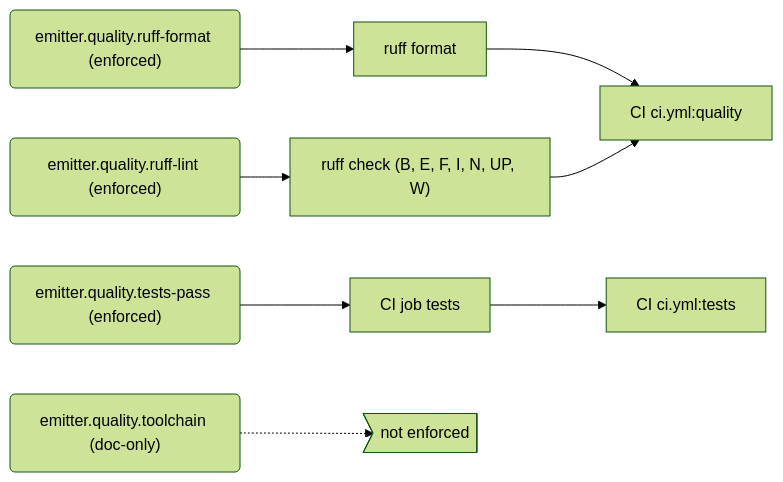
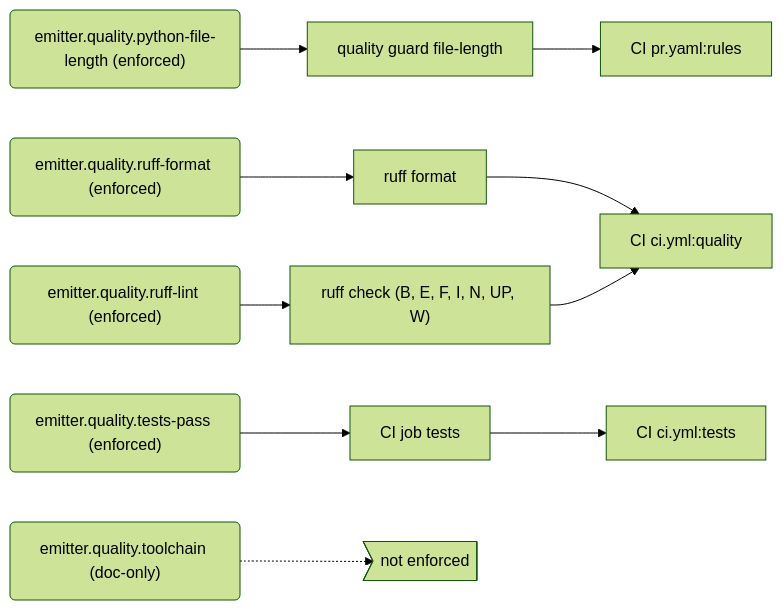
Before and after one commit to PolicyEngine/local-services: the sixth of 8 diagrams in docs/generated/rules.md, drawn with Mermaid (forest theme). The commit also changed other lines of this file and 3 other files, not shown here.

````diff
--- a/docs/generated/rules.md
+++ b/docs/generated/rules.md
@@ -219,20 +220,25 @@
 ```mermaid
 flowchart LR
+  r_emitter_quality_python_file_length("emitter.quality.python-file-length (enforced)")
+  e_quality_guard_file_length["quality guard file-length"]
+  j_CI_pr_yaml_rules["CI pr.yaml:rules"]
   r_emitter_quality_ruff_format("emitter.quality.ruff-format (enforced)")
   e_ruff_format["ruff format"]
   j_CI_ci_yml_quality["CI ci.yml:quality"]
   r_emitter_quality_ruff_lint("emitter.quality.ruff-lint (enforced)")
   e_ruff_check__B__E__F__I__N__UP__W_["ruff check (B, E, F, I, N, UP, W)"]
   r_emitter_quality_tests_pass("emitter.quality.tests-pass (enforced)")
   e_CI_job_tests["CI job tests"]
   j_CI_ci_yml_tests["CI ci.yml:tests"]
   r_emitter_quality_toolchain("emitter.quality.toolchain (doc-only)")
   gap_unenforced>"not enforced"]
+  r_emitter_quality_python_file_length --> e_quality_guard_file_length
+  e_quality_guard_file_length --> j_CI_pr_yaml_rules
   r_emitter_quality_ruff_format --> e_ruff_format
   e_ruff_format --> j_CI_ci_yml_quality
   r_emitter_quality_ruff_lint --> e_ruff_check__B__E__F__I__N__UP__W_
   e_ruff_check__B__E__F__I__N__UP__W_ --> j_CI_ci_yml_quality
   r_emitter_quality_tests_pass --> e_CI_job_tests
   e_CI_job_tests --> j_CI_ci_yml_tests
   r_emitter_quality_toolchain -.-> gap_unenforced
 ```
````
